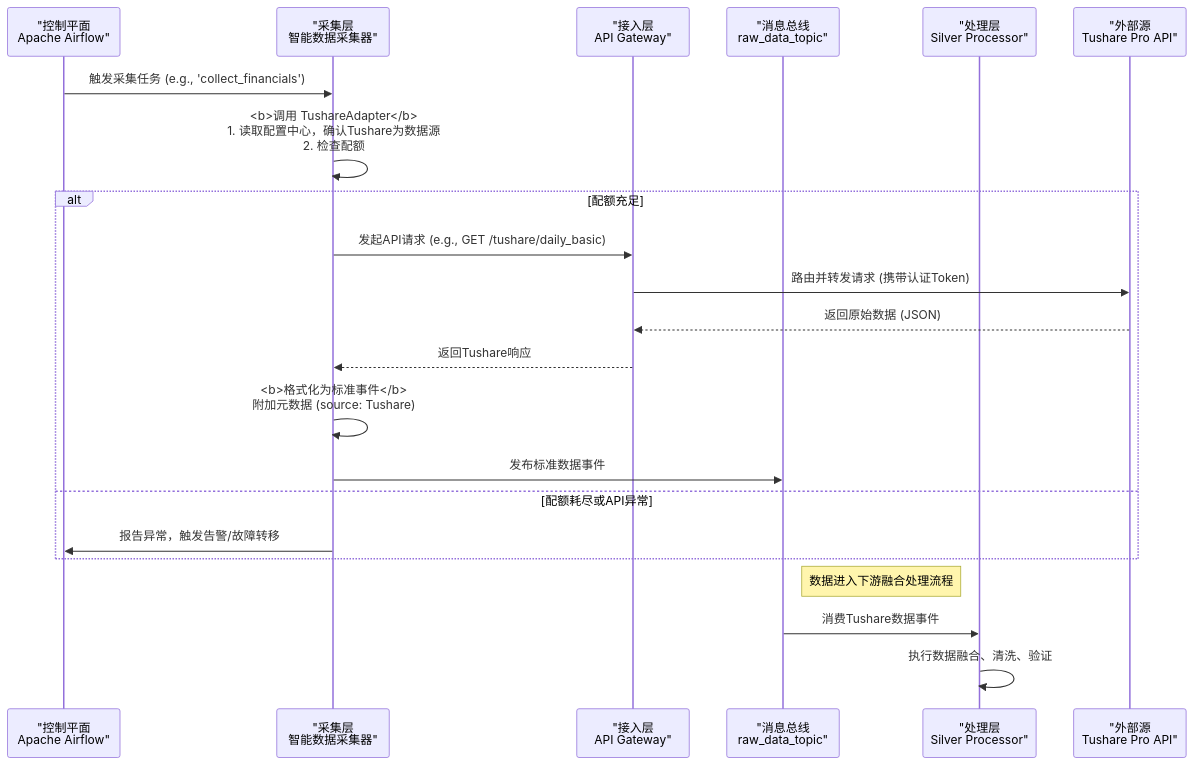
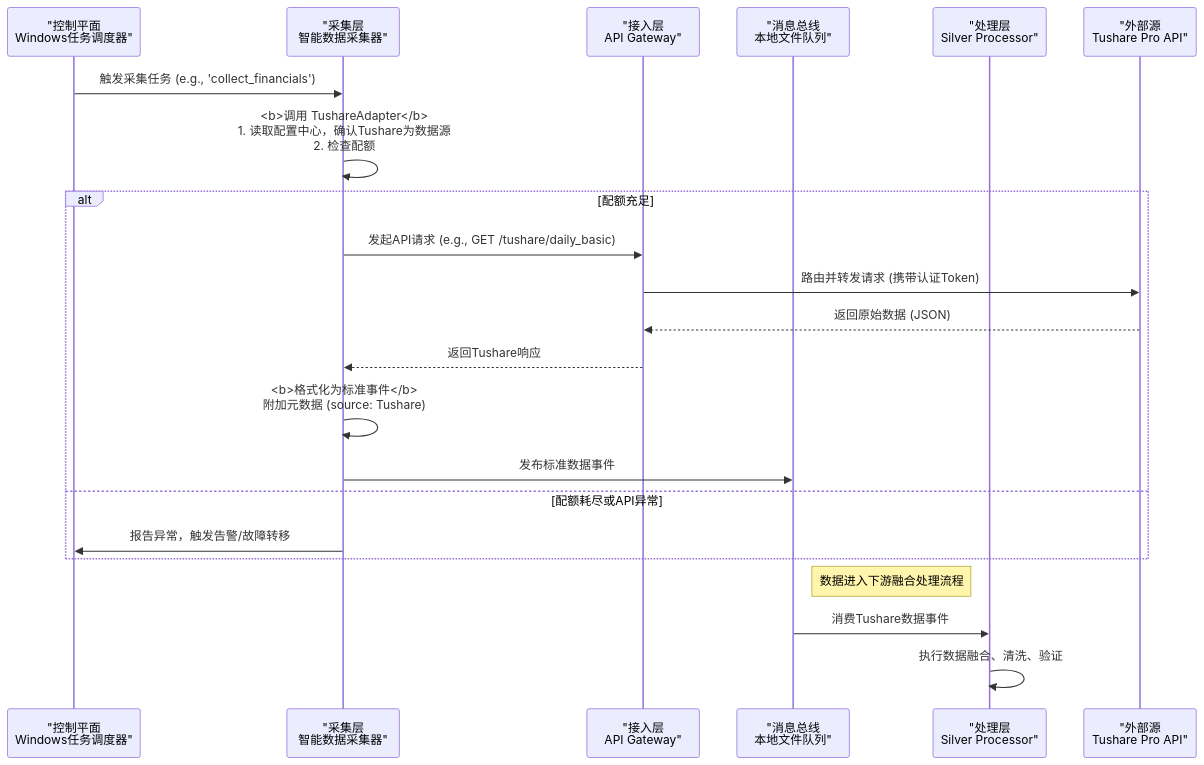
Before and after one commit to jiaenyue/project-argus-qmt-agent: the second of 6 diagrams in argus-doc/tushare_pro_integration_design.md, drawn with Mermaid. The commit also changed other lines of this file and 340 other files, not shown here.

````diff
--- a/argus-doc/tushare_pro_integration_design.md
+++ b/argus-doc/tushare_pro_integration_design.md
@@ -55,26 +55,26 @@
 ```mermaid
 sequenceDiagram
-    participant Airflow as "控制平面<br>Apache Airflow"
+    participant TaskScheduler as "控制平面<br>Windows任务调度器"
     participant Collector as "采集层<br>智能数据采集器"
     participant Gateway as "接入层<br>API Gateway"
-    participant Kafka as "消息总线<br>raw_data_topic"
+    participant FileQueue as "消息总线<br>本地文件队列"
     participant SilverProc as "处理层<br>Silver Processor"
     participant Tushare as "外部源<br>Tushare Pro API"
 
-    Airflow->>Collector: 触发采集任务 (e.g., 'collect_financials')
+    TaskScheduler->>Collector: 触发采集任务 (e.g., 'collect_financials')
     Collector->>Collector: <b>调用 TushareAdapter</b><br>1. 读取配置中心，确认Tushare为数据源<br>2. 检查配额
     alt 配额充足
         Collector->>Gateway: 发起API请求 (e.g., GET /tushare/daily_basic)
         Gateway->>Tushare: 路由并转发请求 (携带认证Token)
         Tushare-->>Gateway: 返回原始数据 (JSON)
         Gateway-->>Collector: 返回Tushare响应
         Collector->>Collector: <b>格式化为标准事件</b><br>附加元数据 (source: Tushare)
-        Collector->>Kafka: 发布标准数据事件
+        Collector->>FileQueue: 发布标准数据事件
     else 配额耗尽或API异常
-        Collector->>Airflow: 报告异常，触发告警/故障转移
+        Collector->>TaskScheduler: 报告异常，触发告警/故障转移
     end
 
-    Note right of Kafka: 数据进入下游融合处理流程
-    Kafka->>SilverProc: 消费Tushare数据事件
+    Note right of FileQueue: 数据进入下游融合处理流程
+FileQueue->>SilverProc: 消费Tushare数据事件
     SilverProc->>SilverProc: 执行数据融合、清洗、验证
 ```
````
